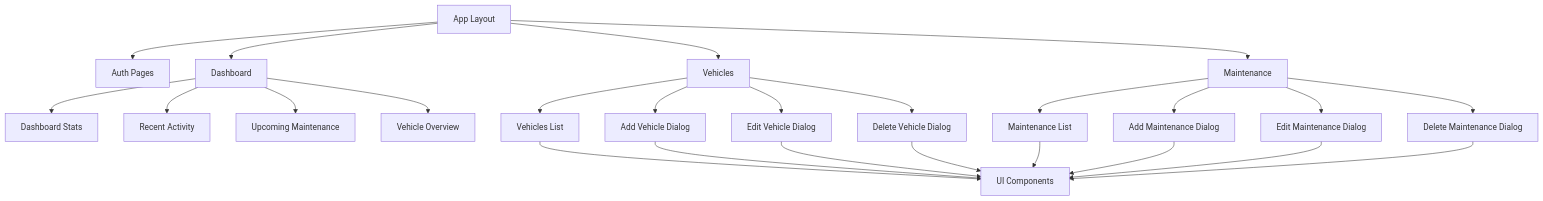
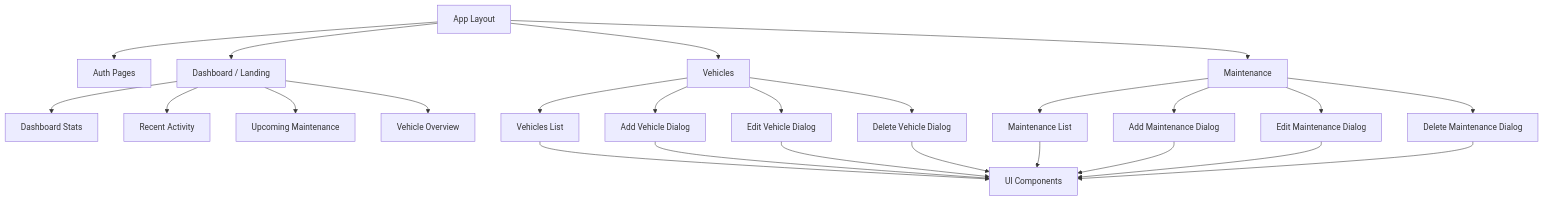
The third of 6 diagrams in README.md (devchemical/Keepel), drawn with Mermaid before and after one commit. The commit also changed other lines of this file, not shown here.

````diff
--- a/README.md
+++ b/README.md
@@ -508,31 +501,31 @@
 ```mermaid
 graph TD
     A[App Layout] --> B[Auth Pages]
-    A --> C[Dashboard]
+    A --> C[Dashboard / Landing]
     A --> D[Vehicles]
     A --> E[Maintenance]
 
     C --> F[Dashboard Stats]
     C --> G[Recent Activity]
     C --> H[Upcoming Maintenance]
     C --> I[Vehicle Overview]
 
     D --> J[Vehicles List]
     D --> K[Add Vehicle Dialog]
     D --> L[Edit Vehicle Dialog]
     D --> M[Delete Vehicle Dialog]
 
     E --> N[Maintenance List]
     E --> O[Add Maintenance Dialog]
     E --> P[Edit Maintenance Dialog]
     E --> Q[Delete Maintenance Dialog]
 
     J --> R[UI Components]
     K --> R
     L --> R
     M --> R
     N --> R
     O --> R
     P --> R
     Q --> R
 ```
````
